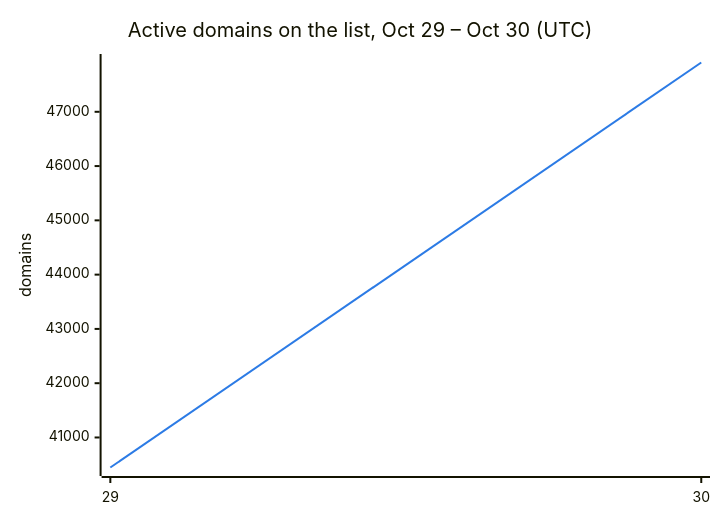
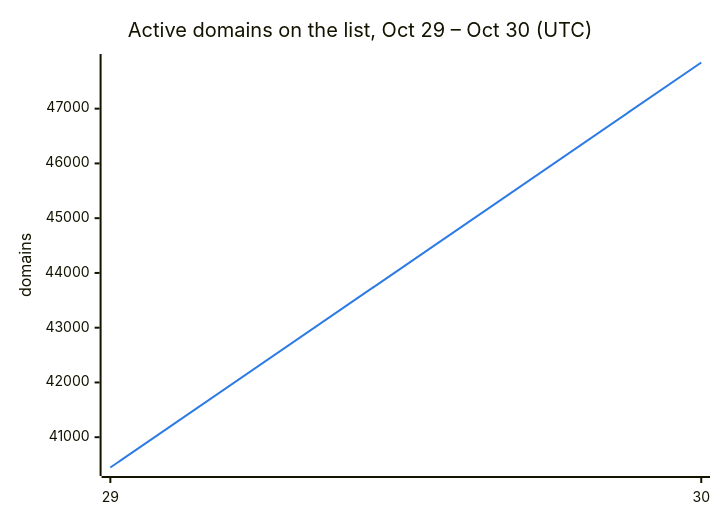
Before and after one commit to DNSBunker/CTI: the second of 3 diagrams in README.md, drawn with Mermaid. The commit also changed other lines of this file and 3 other files, not shown here.

````diff
--- a/README.md
+++ b/README.md
@@ -38,8 +38,8 @@
 ```mermaid
 %%{init: {"themeVariables": {"xyChart": {"plotColorPalette": "#2c7be5"}}}}%%
 xychart-beta
     title "Active domains on the list, Oct 29 – Oct 30 (UTC)"
     x-axis ["29", "30"]
     y-axis "domains"
-    line [40447, 47908]
+    line [40447, 47843]
 ```
````
